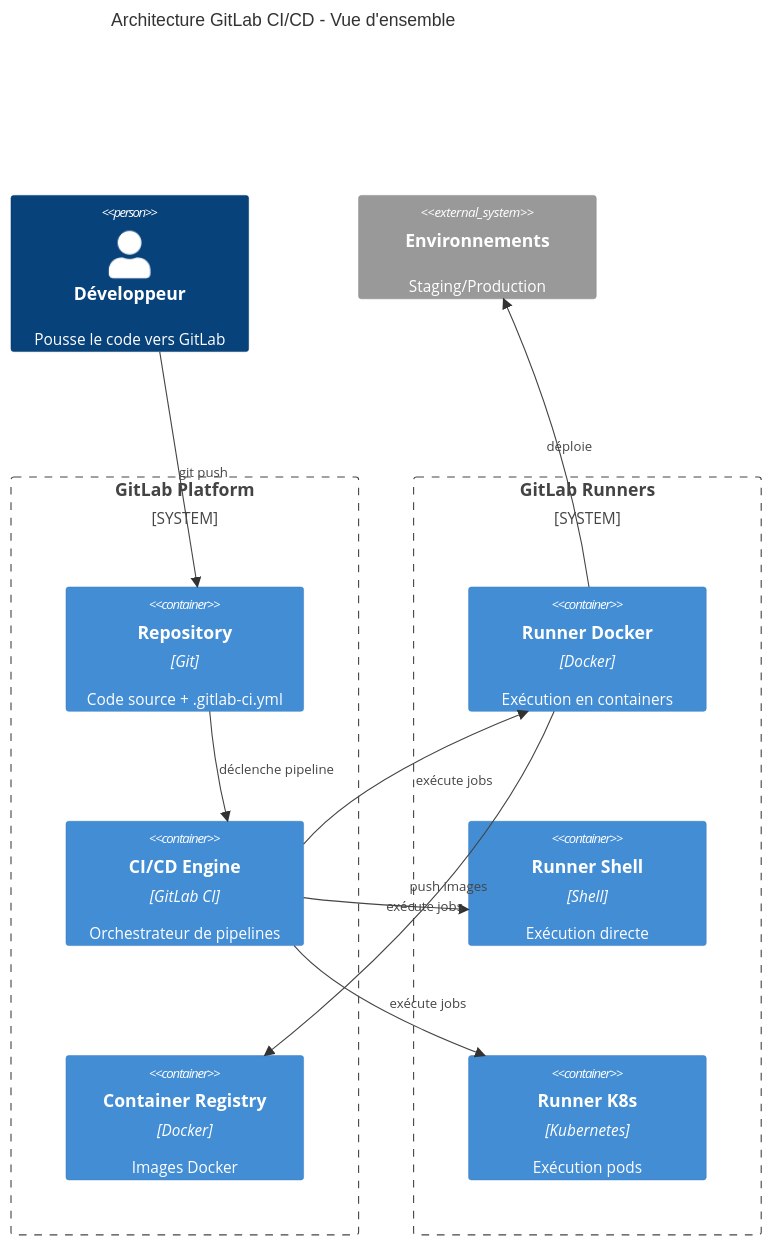
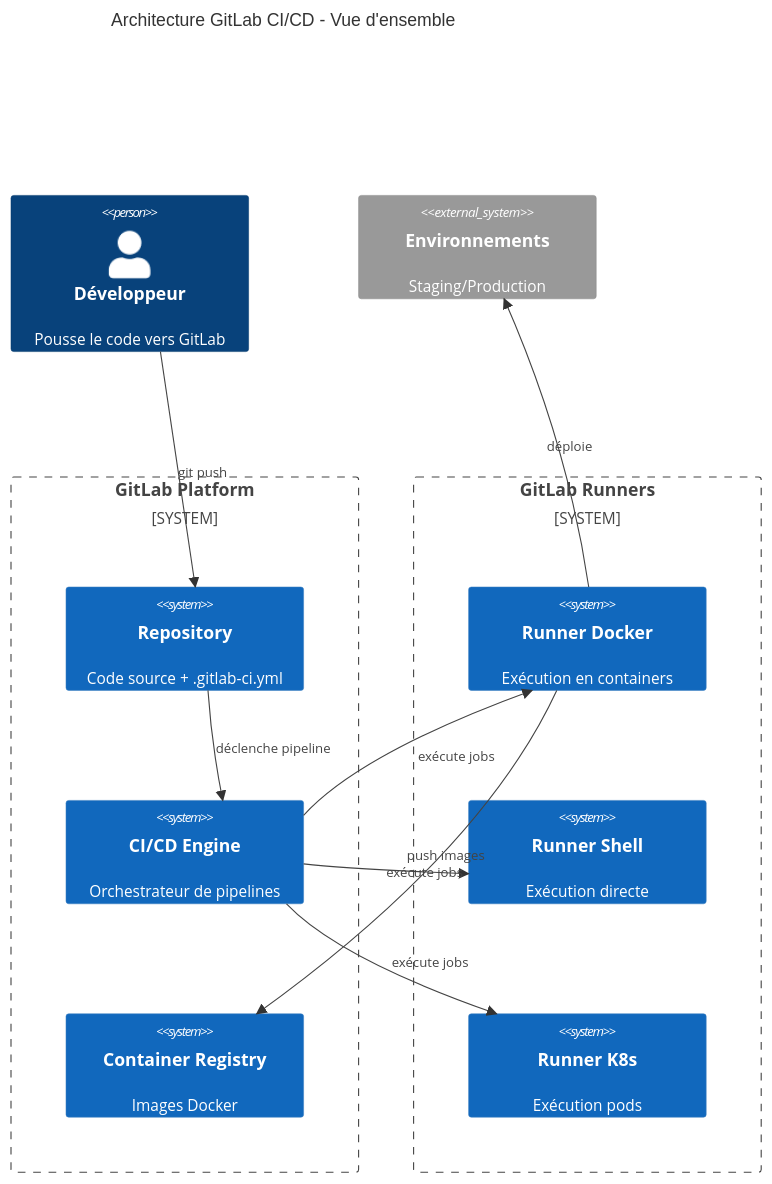
One commit to hassanaym83/Formation_Devops changed the second of 36 diagrams in Sprint2-Containerisation-CICD/Semaine-3-GitLab-CICD/cours/S2_S3_Seance1_introduction_gitlab_ci.md. Above: the diagram before and after it, drawn with Mermaid. The commit also changed other lines of this file, not shown here.

````diff
--- a/Sprint2-Containerisation-CICD/Semaine-3-GitLab-CICD/cours/S2_S3_Seance1_introduction_gitlab_ci.md
+++ b/Sprint2-Containerisation-CICD/Semaine-3-GitLab-CICD/cours/S2_S3_Seance1_introduction_gitlab_ci.md
@@ -70,28 +70,28 @@
 ```mermaid
 C4Context
     title Architecture GitLab CI/CD - Vue d'ensemble
 
     Person(dev, "Développeur", "Pousse le code vers GitLab")
 
     System_Boundary(gitlab, "GitLab Platform") {
-        Container(repo, "Repository", "Git", "Code source + .gitlab-ci.yml")
-        Container(ci, "CI/CD Engine", "GitLab CI", "Orchestrateur de pipelines")
-        Container(registry, "Container Registry", "Docker", "Images Docker")
+        System(repo, "Repository", "Code source + .gitlab-ci.yml")
+        System(ci, "CI/CD Engine", "Orchestrateur de pipelines")
+        System(registry, "Container Registry", "Images Docker")
     }
 
     System_Boundary(runners, "GitLab Runners") {
-        Container(runner1, "Runner Docker", "Docker", "Exécution en containers")
-        Container(runner2, "Runner Shell", "Shell", "Exécution directe")
-        Container(runner3, "Runner K8s", "Kubernetes", "Exécution pods")
+        System(runner1, "Runner Docker", "Exécution en containers")
+        System(runner2, "Runner Shell", "Exécution directe")
+        System(runner3, "Runner K8s", "Exécution pods")
     }
 
     System_Ext(deploy, "Environnements", "Staging/Production")
 
     Rel(dev, repo, "git push")
     Rel(repo, ci, "déclenche pipeline")
     Rel(ci, runner1, "exécute jobs")
     Rel(ci, runner2, "exécute jobs")
     Rel(ci, runner3, "exécute jobs")
     Rel(runner1, registry, "push images")
     Rel(runner1, deploy, "déploie")
 ```
````
